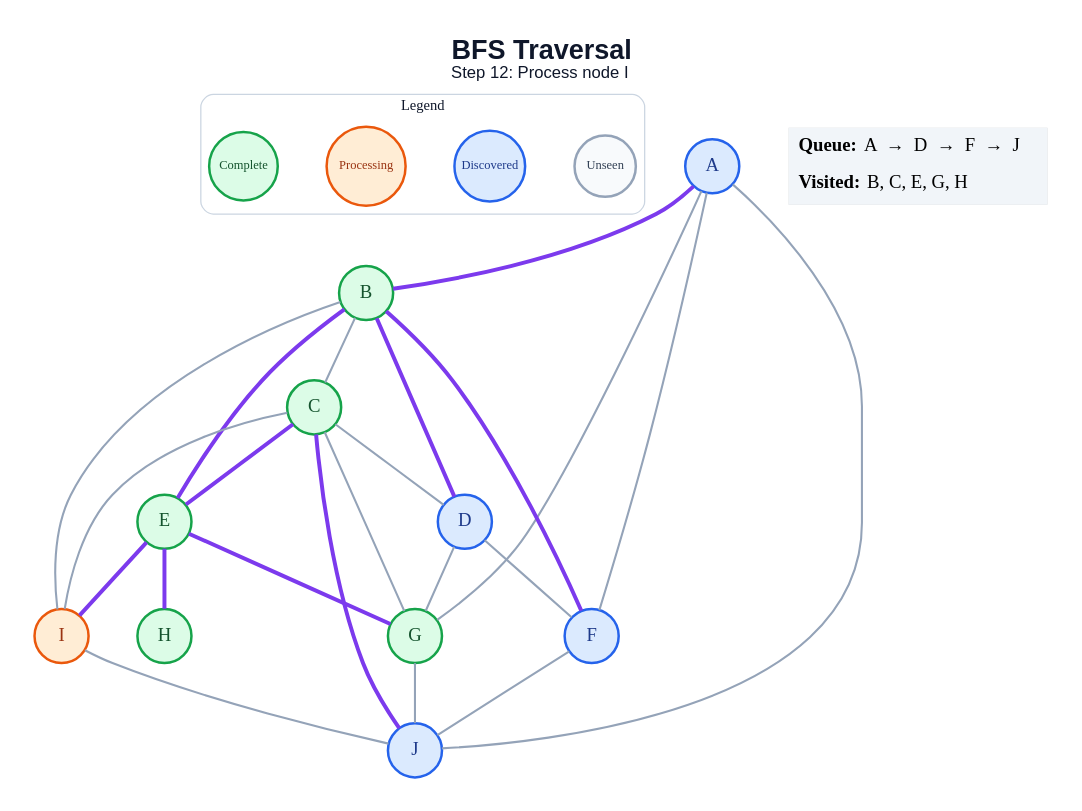
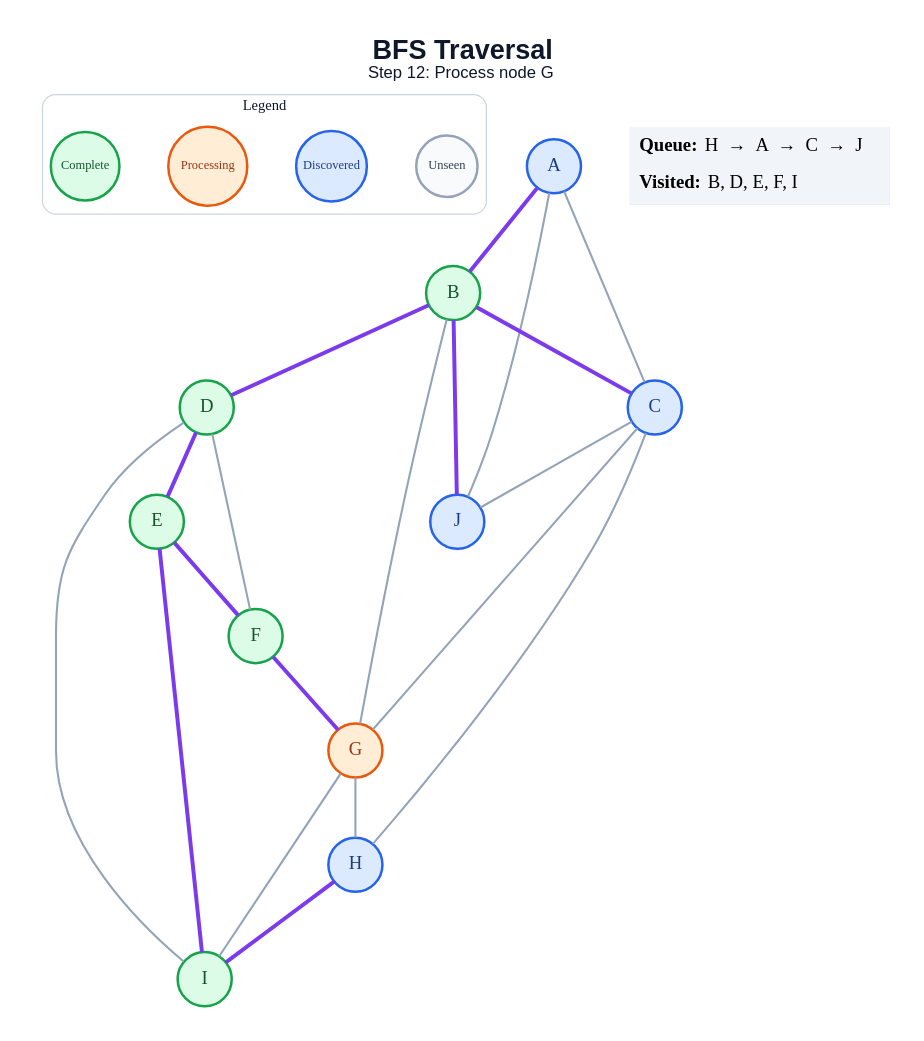
Before and after one commit to amanghodawala9/ai-slop: the diagram in generated/specific-node/bfs/step_12.dot, drawn with Graphviz. The commit also changed 178 other files, not shown here.

```diff
--- a/generated/specific-node/bfs/step_12.dot
+++ b/generated/specific-node/bfs/step_12.dot
@@ -1,51 +1,48 @@
 graph traversal {
   graph [layout=dot, rankdir=TB, bgcolor="#FFFFFF", pad="0.35", nodesep="0.65", ranksep="0.8", fontname="Arial"];
   node [shape=circle, style="filled", fontname="Arial Bold", fontsize=18, width=0.72, fixedsize=true, penwidth=2.4];
   edge [color="#94A3B8", penwidth=2.0];
-  label=<<B>BFS Traversal</B><BR/><FONT POINT-SIZE="16">Step 12: Process node I</FONT>>; labelloc="t"; fontsize=26; fontname="Arial"; fontcolor="#0F172A";
+  label=<<B>BFS Traversal</B><BR/><FONT POINT-SIZE="16">Step 12: Process node G</FONT>>; labelloc="t"; fontsize=26; fontname="Arial"; fontcolor="#0F172A";
   subgraph cluster_legend { label="Legend"; color="#CBD5E1"; penwidth=1.2; style="rounded"; fontsize=14; fontname="Arial Bold";
     key_unseen [label="Unseen", fillcolor="#F8FAFC", color="#94A3B8", fontcolor="#334155", fontsize=12, width=0.82];
     key_frontier [label="Discovered", fillcolor="#DBEAFE", color="#2563EB", fontcolor="#1E3A8A", fontsize=12, width=0.95];
     key_current [label="Processing", fillcolor="#FFEDD5", color="#EA580C", fontcolor="#9A3412", fontsize=12, width=1.05];
     key_done [label="Complete", fillcolor="#DCFCE7", color="#16A34A", fontcolor="#14532D", fontsize=12, width=0.92];
     { rank=same; key_unseen; key_frontier; key_current; key_done; }
   }
   A [fillcolor="#DBEAFE", color="#2563EB", fontcolor="#1E3A8A"];
   B [fillcolor="#DCFCE7", color="#16A34A", fontcolor="#14532D"];
-  C [fillcolor="#DCFCE7", color="#16A34A", fontcolor="#14532D"];
-  D [fillcolor="#DBEAFE", color="#2563EB", fontcolor="#1E3A8A"];
+  C [fillcolor="#DBEAFE", color="#2563EB", fontcolor="#1E3A8A"];
+  D [fillcolor="#DCFCE7", color="#16A34A", fontcolor="#14532D"];
   E [fillcolor="#DCFCE7", color="#16A34A", fontcolor="#14532D"];
-  F [fillcolor="#DBEAFE", color="#2563EB", fontcolor="#1E3A8A"];
-  G [fillcolor="#DCFCE7", color="#16A34A", fontcolor="#14532D"];
-  H [fillcolor="#DCFCE7", color="#16A34A", fontcolor="#14532D"];
-  I [fillcolor="#FFEDD5", color="#EA580C", fontcolor="#9A3412"];
+  F [fillcolor="#DCFCE7", color="#16A34A", fontcolor="#14532D"];
+  G [fillcolor="#FFEDD5", color="#EA580C", fontcolor="#9A3412"];
+  H [fillcolor="#DBEAFE", color="#2563EB", fontcolor="#1E3A8A"];
+  I [fillcolor="#DCFCE7", color="#16A34A", fontcolor="#14532D"];
   J [fillcolor="#DBEAFE", color="#2563EB", fontcolor="#1E3A8A"];
   A -- B [color="#7C3AED", penwidth=3.8];
-  A -- F;
-  A -- G;
+  A -- C;
   A -- J;
-  B -- C;
+  B -- C [color="#7C3AED", penwidth=3.8];
   B -- D [color="#7C3AED", penwidth=3.8];
-  B -- E [color="#7C3AED", penwidth=3.8];
-  B -- F [color="#7C3AED", penwidth=3.8];
-  B -- I;
-  C -- D;
-  C -- E [color="#7C3AED", penwidth=3.8];
+  B -- G;
+  B -- J [color="#7C3AED", penwidth=3.8];
   C -- G;
-  C -- I;
-  C -- J [color="#7C3AED", penwidth=3.8];
+  C -- H;
+  C -- J;
+  D -- E [color="#7C3AED", penwidth=3.8];
   D -- F;
-  D -- G;
-  E -- G [color="#7C3AED", penwidth=3.8];
-  E -- H [color="#7C3AED", penwidth=3.8];
+  D -- I;
+  E -- F [color="#7C3AED", penwidth=3.8];
   E -- I [color="#7C3AED", penwidth=3.8];
-  F -- J;
-  G -- J;
-  I -- J;
+  F -- G [color="#7C3AED", penwidth=3.8];
+  G -- H;
+  G -- I;
+  H -- I [color="#7C3AED", penwidth=3.8];
   status [shape=plain, fixedsize=false, width=0, height=0, margin=0, label=<
     <TABLE BORDER="0" CELLBORDER="0" CELLPADDING="7" BGCOLOR="#F1F5F9">
-      <TR><TD ALIGN="LEFT"><B>Queue:</B> A  →  D  →  F  →  J</TD></TR>
-      <TR><TD ALIGN="LEFT"><B>Visited:</B> B, C, E, G, H</TD></TR>
+      <TR><TD ALIGN="LEFT"><B>Queue:</B> H  →  A  →  C  →  J</TD></TR>
+      <TR><TD ALIGN="LEFT"><B>Visited:</B> B, D, E, F, I</TD></TR>
     </TABLE>
   >];
 }
```
